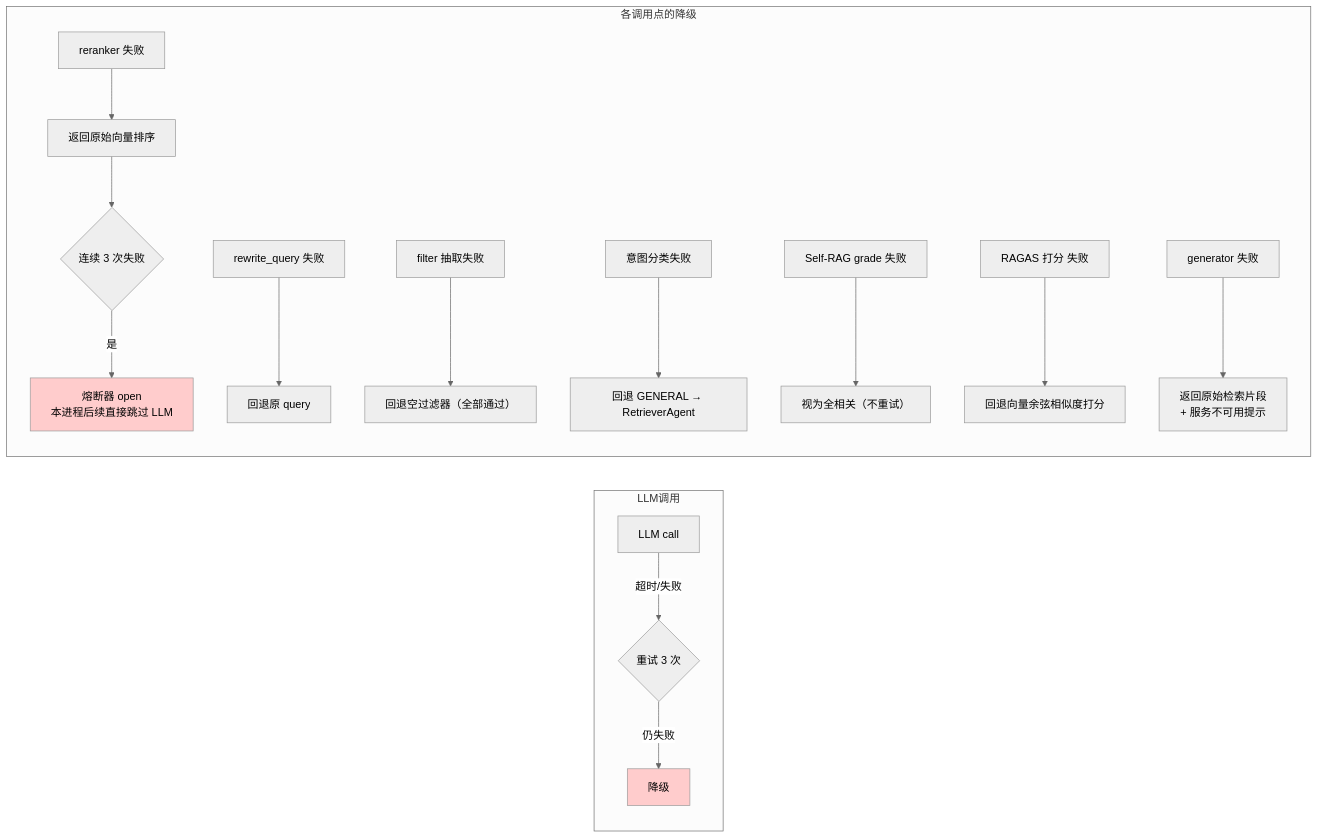
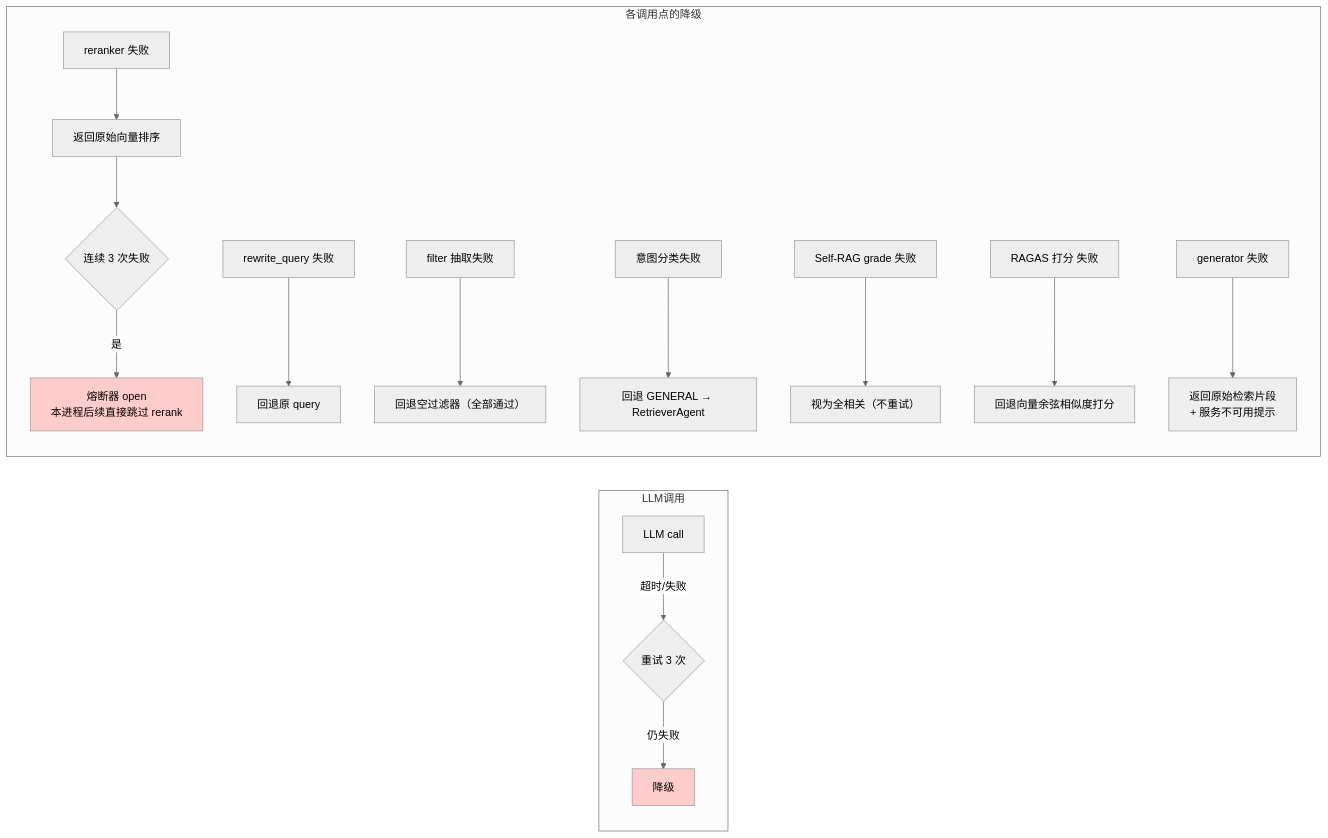
One commit to Yoimiya2627/email-rag-agent changed the eighth of 12 diagrams in docs/architecture.md. Above: the diagram before and after it, drawn with Mermaid (neutral theme). The commit also changed other lines of this file and 12 other files, not shown here.

````diff
--- a/docs/architecture.md
+++ b/docs/architecture.md
@@ -346,23 +349,23 @@
 ```mermaid
 flowchart LR
     subgraph LLM调用
         L1["LLM call"] -->|超时/失败| L2{重试 3 次}
         L2 -->|仍失败| L3["降级"]
     end
 
     subgraph 各调用点的降级
         Rerank["reranker 失败"] --> R1["返回原始向量排序"]
         R1 --> R2{连续 3 次失败}
-        R2 -->|是| R3["熔断器 open<br/>本进程后续直接跳过 LLM"]
+        R2 -->|是| R3["熔断器 open<br/>本进程后续直接跳过 rerank"]
 
         Rewrite["rewrite_query 失败"] --> RW1["回退原 query"]
         Filter["filter 抽取失败"] --> F1["回退空过滤器（全部通过）"]
         Intent["意图分类失败"] --> I1["回退 GENERAL → RetrieverAgent"]
         Grade["Self-RAG grade 失败"] --> G1["视为全相关（不重试）"]
         Score["RAGAS 打分 失败"] --> S1["回退向量余弦相似度打分"]
         Gen["generator 失败"] --> GN1["返回原始检索片段<br/>+ 服务不可用提示"]
     end
 
     style L3 fill:#ffcccc
     style R3 fill:#ffcccc
 ```
````
